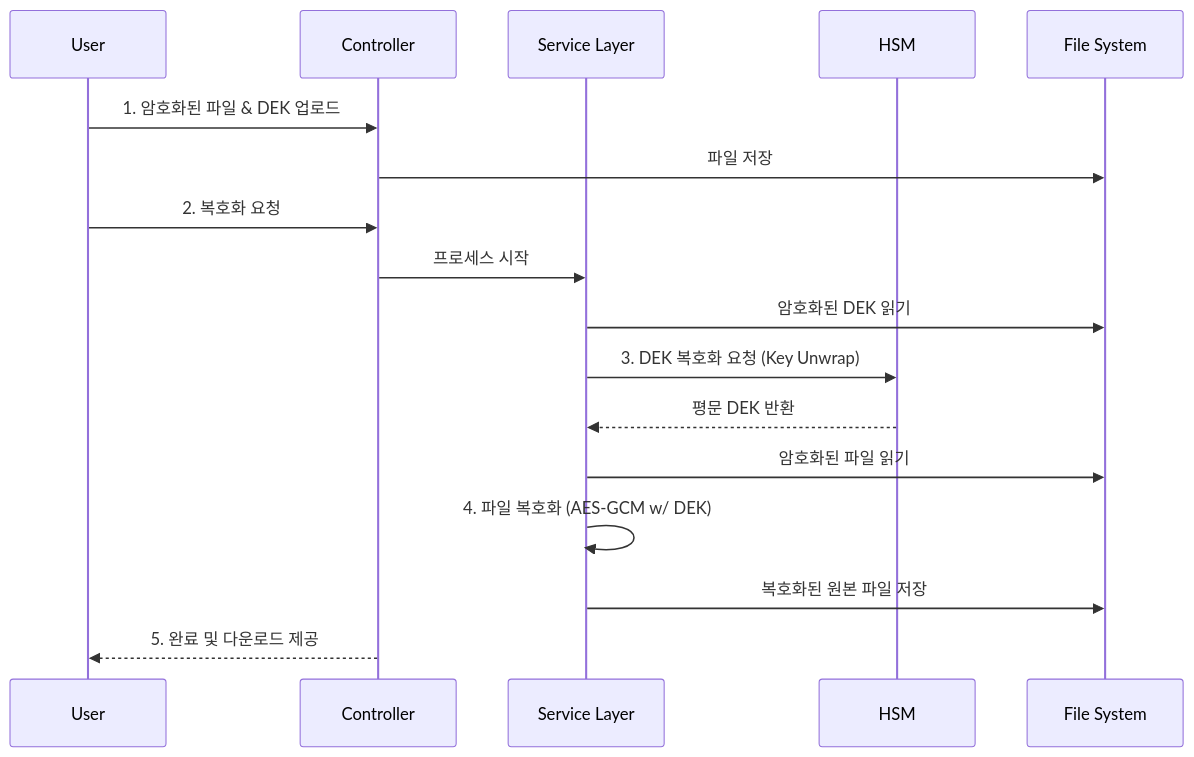
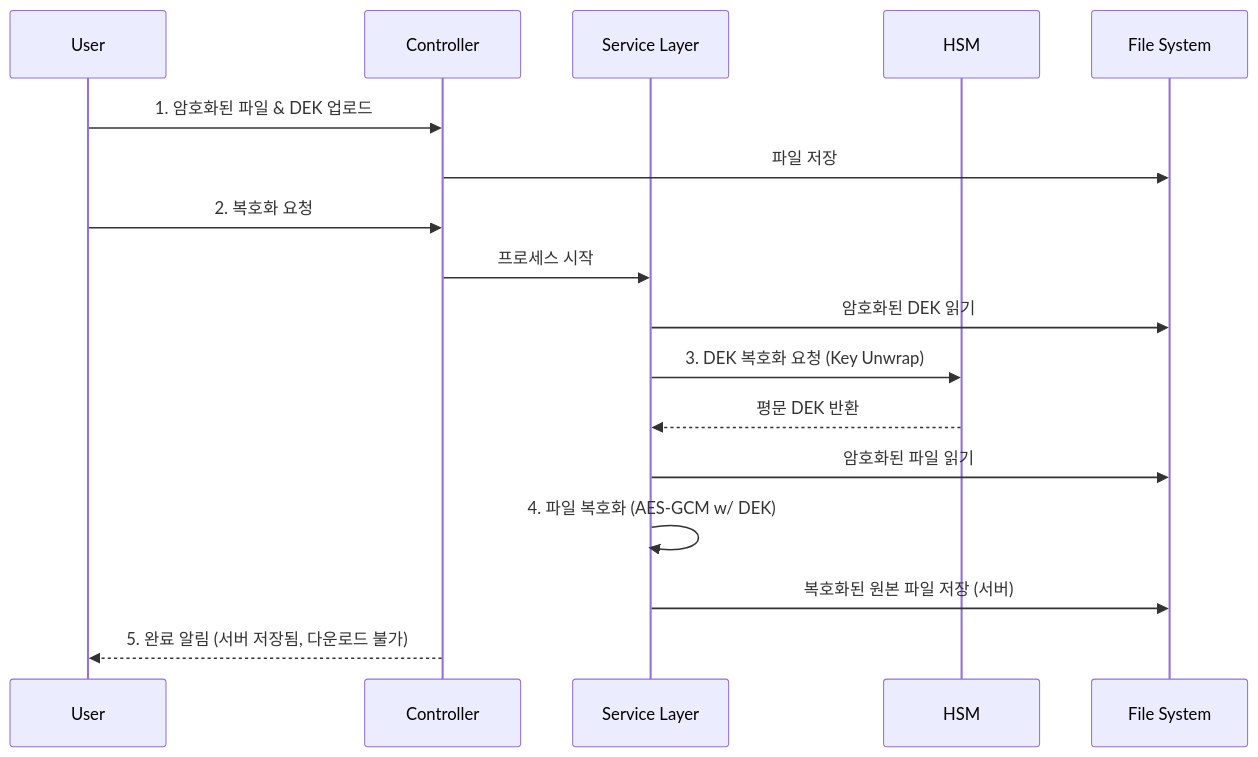
The third of 3 diagrams in README.md (sjrhee/CryptoFileKeK), drawn with Mermaid before and after one commit. The commit also changed other lines of this file, not shown here.

Commit message:
Docs: Update data flow diagrams (unencrypted files constraint)

````diff
--- a/README.md
+++ b/README.md
@@ -85,24 +85,24 @@
 ```mermaid
 sequenceDiagram
     participant U as User
     participant C as Controller
     participant S as Service Layer
     participant H as HSM
     participant F as File System
 
     U->>C: 1. 암호화된 파일 & DEK 업로드
     C->>F: 파일 저장
     
     U->>C: 2. 복호화 요청
     C->>S: 프로세스 시작
     
     S->>F: 암호화된 DEK 읽기
     S->>H: 3. DEK 복호화 요청 (Key Unwrap)
     H-->>S: 평문 DEK 반환
     
     S->>F: 암호화된 파일 읽기
     S->>S: 4. 파일 복호화 (AES-GCM w/ DEK)
-    S->>F: 복호화된 원본 파일 저장
+    S->>F: 복호화된 원본 파일 저장 (서버)
     
-    C-->>U: 5. 완료 및 다운로드 제공
+    C-->>U: 5. 완료 알림 (서버 저장됨, 다운로드 불가)
 ```
````
